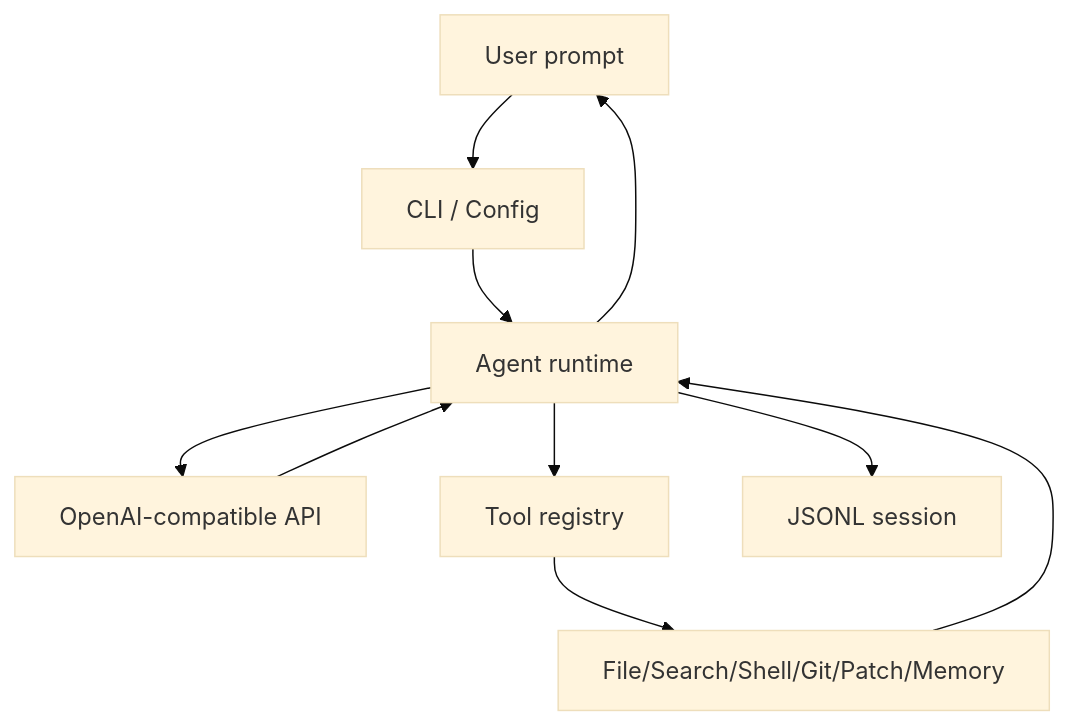
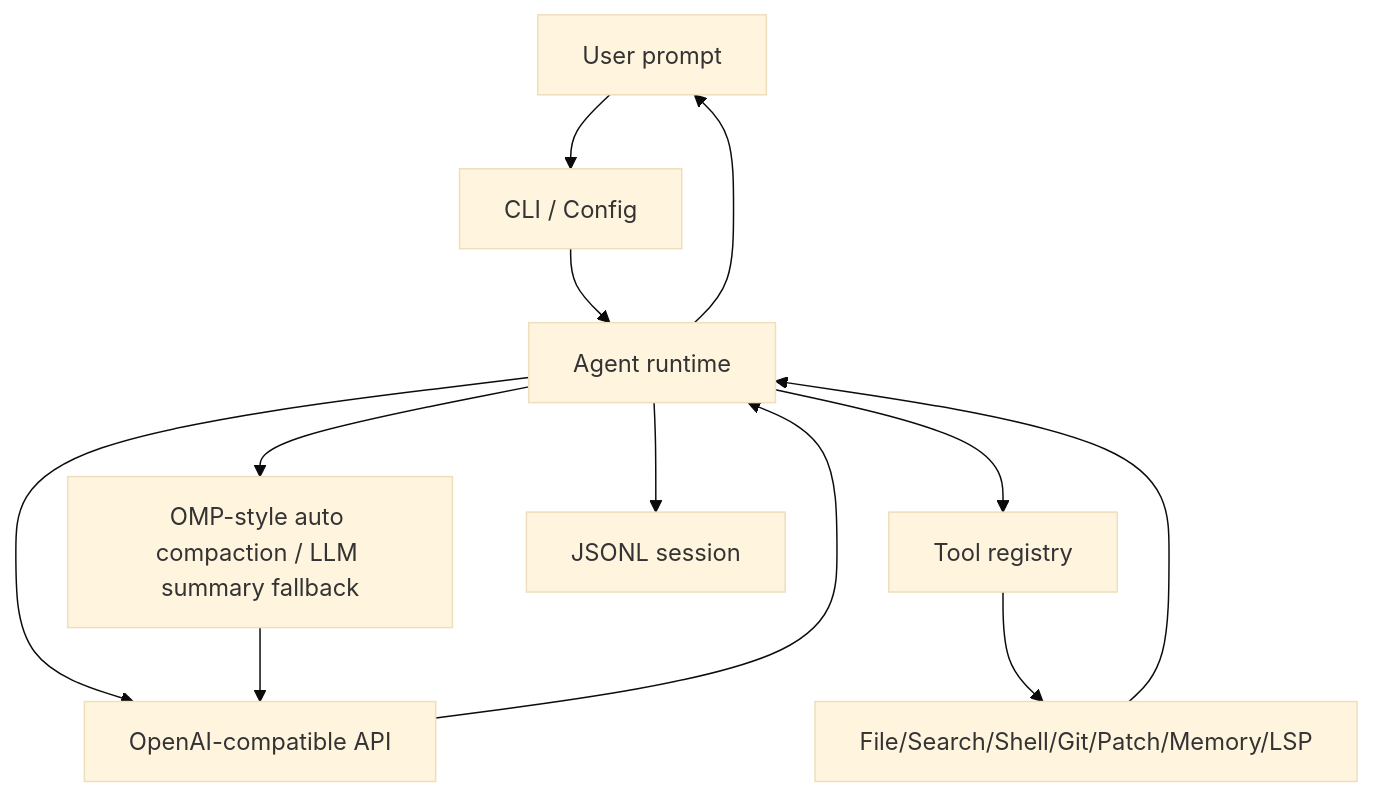
One commit to noone6931/lca-private-handoff-20260803 changed the diagram in docs/architecture.md. Above: the diagram before and after it, drawn with Mermaid (base theme). The commit also changed other lines of this file and 16 other files, not shown here.

Commit message:
Add auto summary and lightweight LSP

````diff
--- a/docs/architecture.md
+++ b/docs/architecture.md
@@ -31,12 +34,14 @@
 ```mermaid
 flowchart TD
   U["User prompt"] --> C["CLI / Config"]
   C --> A["Agent runtime"]
   A --> L["OpenAI-compatible API"]
   L --> A
   A --> T["Tool registry"]
-  T --> F["File/Search/Shell/Git/Patch/Memory"]
+  T --> F["File/Search/Shell/Git/Patch/Memory/LSP"]
   F --> A
+  A --> X["OMP-style auto compaction / LLM summary fallback"]
+  X --> L
   A --> S["JSONL session"]
   A --> U
 ```
````
